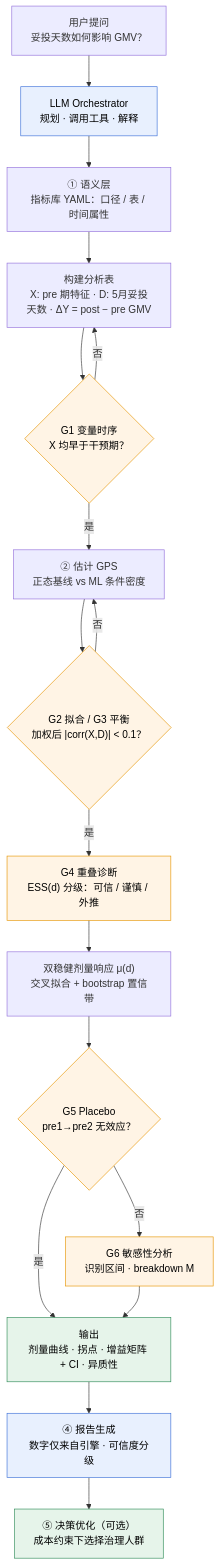
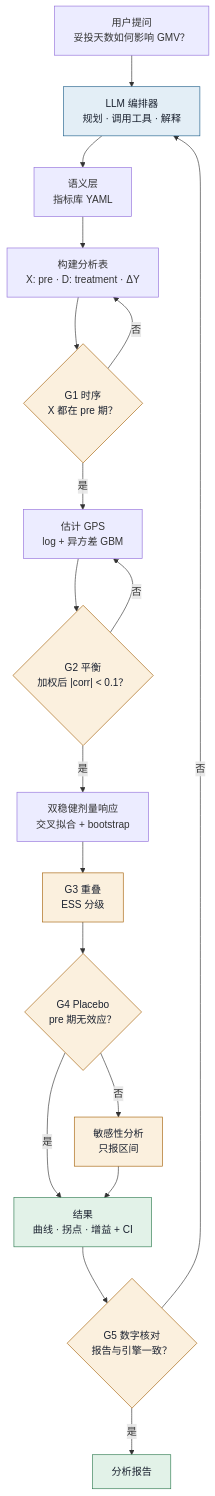
Before and after one commit to zhangwuziyang/LSC: the diagram in docs/flowchart.mmd, drawn with Mermaid. The commit also changed 3 other files, not shown here.

First line of the commit message:
Add simplified v0.2 research proposal and update flowchart

```diff
--- a/docs/flowchart.mmd
+++ b/docs/flowchart.mmd
@@ -1,28 +1,24 @@
 flowchart TD
-    Q["用户提问<br/>妥投天数如何影响 GMV？"] --> O["LLM Orchestrator<br/>规划 · 调用工具 · 解释"]
-
-    O --> S["① 语义层<br/>指标库 YAML：口径 / 表 / 时间属性"]
-    S --> B["构建分析表<br/>X: pre 期特征 · D: 5月妥投天数 · ΔY = post − pre GMV"]
-    B --> G1{"G1 变量时序<br/>X 均早于干预期？"}
+    Q["用户提问<br/>妥投天数如何影响 GMV？"] --> O["LLM 编排器<br/>规划 · 调用工具 · 解释"]
+    O --> S["语义层<br/>指标库 YAML"]
+    S --> B["构建分析表<br/>X: pre · D: treatment · ΔY"]
+    B --> G1{"G1 时序<br/>X 都在 pre 期？"}
     G1 -- 否 --> B
-
-    G1 -- 是 --> GPS["② 估计 GPS<br/>正态基线 vs ML 条件密度"]
-    GPS --> G23{"G2 拟合 / G3 平衡<br/>加权后 |corr(X,D)| < 0.1？"}
-    G23 -- 否 --> GPS
-
-    G23 -- 是 --> G4["G4 重叠诊断<br/>ESS(d) 分级：可信 / 谨慎 / 外推"]
-    G4 --> DR["双稳健剂量响应 μ(d)<br/>交叉拟合 + bootstrap 置信带"]
-    DR --> G5{"G5 Placebo<br/>pre1→pre2 无效应？"}
-    G5 -- 否 --> G6["G6 敏感性分析<br/>识别区间 · breakdown M"]
-    G5 -- 是 --> OUT
-    G6 --> OUT["输出<br/>剂量曲线 · 拐点 · 增益矩阵 + CI · 异质性"]
-
-    OUT --> R["④ 报告生成<br/>数字仅来自引擎 · 可信度分级"]
-    R --> DEC["⑤ 决策优化（可选）<br/>成本约束下选择治理人群"]
-
-    classDef gate fill:#fff4e5,stroke:#e69500,color:#000;
-    classDef llm fill:#e8f0fe,stroke:#3b6fd8,color:#000;
-    classDef out fill:#e6f4ea,stroke:#2e8b57,color:#000;
-    class G1,G23,G4,G5,G6 gate;
-    class O,R llm;
-    class OUT,DEC out;
+    G1 -- 是 --> GPS["估计 GPS<br/>log + 异方差 GBM"]
+    GPS --> G2{"G2 平衡<br/>加权后 |corr| < 0.1？"}
+    G2 -- 否 --> GPS
+    G2 -- 是 --> DR["双稳健剂量响应<br/>交叉拟合 + bootstrap"]
+    DR --> G3["G3 重叠<br/>ESS 分级"]
+    G3 --> G4{"G4 Placebo<br/>pre 期无效应？"}
+    G4 -- 是 --> OUT["结果<br/>曲线 · 拐点 · 增益 + CI"]
+    G4 -- 否 --> SEN["敏感性分析<br/>只报区间"]
+    SEN --> OUT
+    OUT --> G5{"G5 数字核对<br/>报告与引擎一致？"}
+    G5 -- 否 --> O
+    G5 -- 是 --> R["分析报告"]
+    classDef gate fill:#fbf0de,stroke:#a5620a,color:#1b2230;
+    classDef llm fill:#e3eef6,stroke:#1f5f8b,color:#1b2230;
+    classDef out fill:#e2f2e8,stroke:#2d7a4f,color:#1b2230;
+    class G1,G2,G3,G4,G5,SEN gate;
+    class O llm;
+    class OUT,R out;
```
